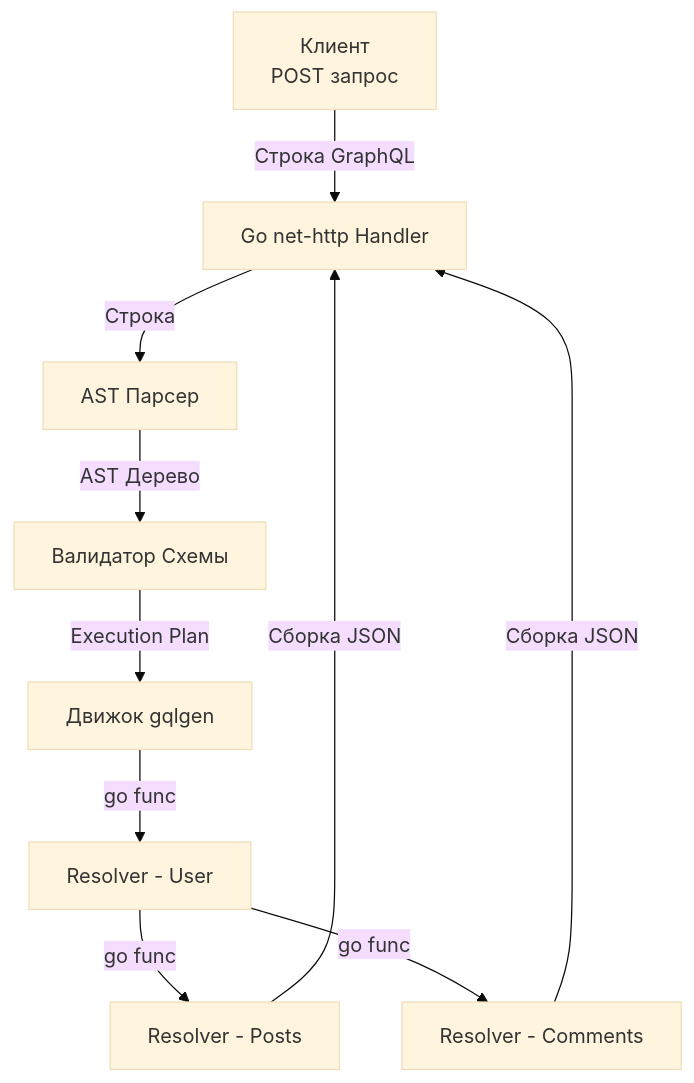
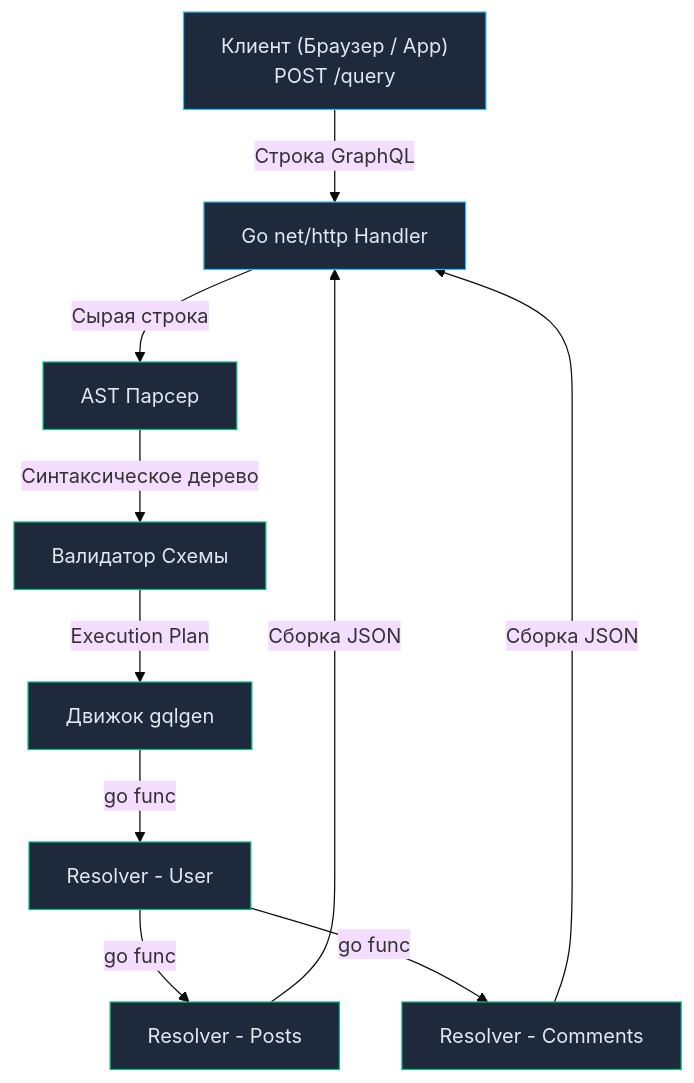
The diagram in sources/10. Проектирование API и Сетевые протоколы/20. GraphQL. Основы.md (UnrealTemplier/go-textbook), drawn with Mermaid (base theme) before and after one commit. The commit also changed other lines of this file, not shown here.

````diff
--- a/sources/10. Проектирование API и Сетевые протоколы/20. GraphQL. Основы.md
+++ b/sources/10. Проектирование API и Сетевые протоколы/20. GraphQL. Основы.md
@@ -69,14 +92,19 @@
 ```mermaid
 flowchart TD
-    Client["Клиент<br>POST запрос"]-->|"Строка GraphQL"| HTTP["Go net-http Handler"]
-    HTTP-->|"Строка"| Parser["AST Парсер"]
-    Parser-->|"AST Дерево"| Validator["Валидатор Схемы"]
-    Validator-->|"Execution Plan"| Engine["Движок gqlgen"]
+    Client["Клиент (Браузер / App)<br>POST /query"] -->|"Строка GraphQL"| HTTP["Go net/http Handler"]
+    HTTP -->|"Сырая строка"| Parser["AST Парсер"]
+    Parser -->|"Синтаксическое дерево"| Validator["Валидатор Схемы"]
+    Validator -->|"Execution Plan"| Engine["Движок gqlgen"]
     
-    Engine-->|"go func"| ResUser["Resolver - User"]
-    ResUser-->|"go func"| ResPosts["Resolver - Posts"]
-    ResUser-->|"go func"| ResComments["Resolver - Comments"]
+    Engine -->|"go func"| ResUser["Resolver - User"]
+    ResUser -->|"go func"| ResPosts["Resolver - Posts"]
+    ResUser -->|"go func"| ResComments["Resolver - Comments"]
     
-    ResPosts-->|"Сборка JSON"| HTTP
-    ResComments-->|"Сборка JSON"| HTTP
+    ResPosts -->|"Сборка JSON"| HTTP
+    ResComments -->|"Сборка JSON"| HTTP
+
+    classDef proc fill:#1e293b,stroke:#38bdf8,stroke-width:1px,color:#e2e8f0;
+    classDef fast fill:#1e293b,stroke:#10b981,stroke-width:1px,color:#e2e8f0;
+    class Client,HTTP proc;
+    class Parser,Validator,Engine,ResUser,ResPosts,ResComments fast;
 ```
````
